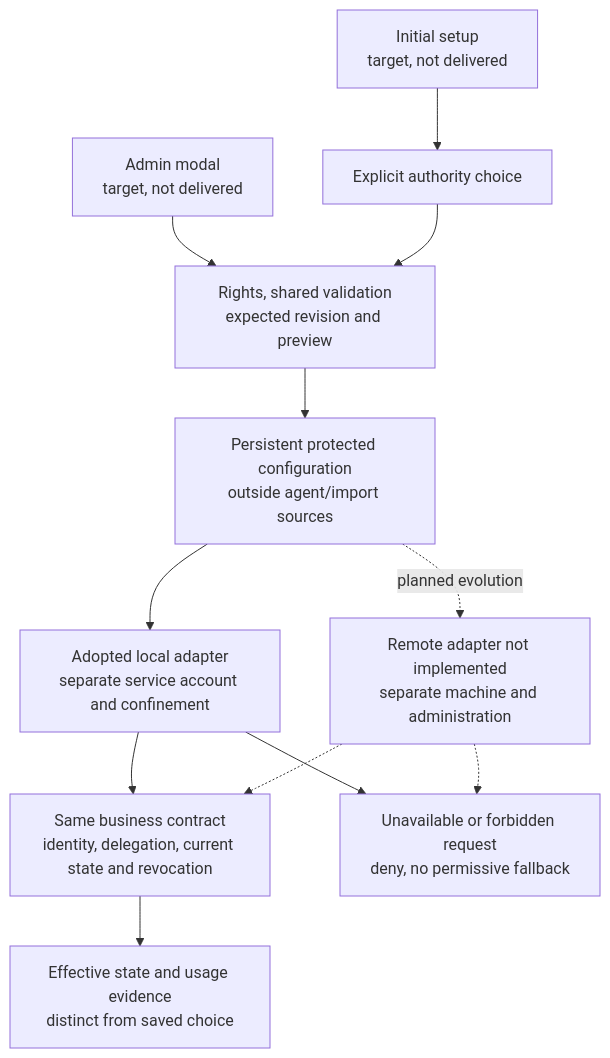
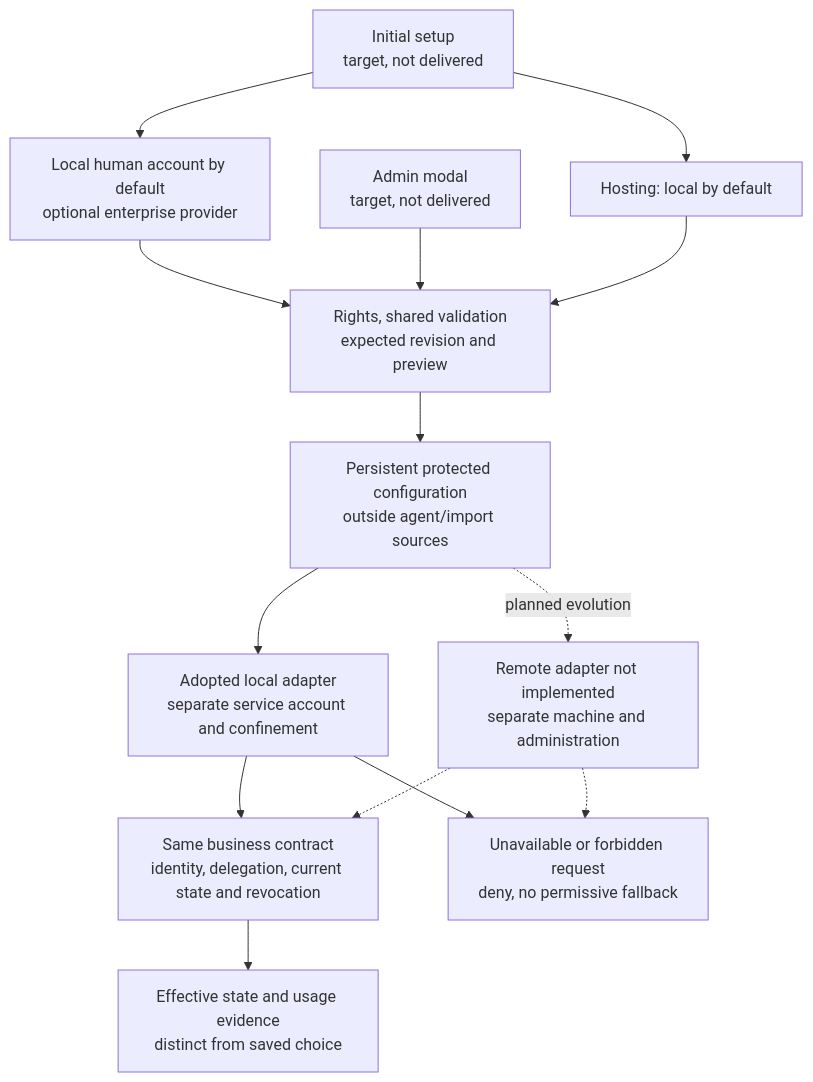
Before and after one commit to mo0ogly/swarm: diagram 12 of 19 in docs/en/AGENT-IDENTITY-CONTRACT.md, drawn with Mermaid. The commit also changed other lines of this file and 14 other files, not shown here.

````diff
--- a/docs/en/AGENT-IDENTITY-CONTRACT.md
+++ b/docs/en/AGENT-IDENTITY-CONTRACT.md
@@ -846,14 +880,16 @@
 ```mermaid
 flowchart TD
-  I["Initial setup<br/>target, not delivered"] --> C["Explicit authority choice"]
+  I["Initial setup<br/>target, not delivered"] --> C["Hosting: local by default"]
+  I --> H["Local human account by default<br/>optional enterprise provider"]
+  H --> V
   A["Admin modal<br/>target, not delivered"] --> V["Rights, shared validation<br/>expected revision and preview"]
   C --> V
   V --> S["Persistent protected configuration<br/>outside agent/import sources"]
   S --> L["Adopted local adapter<br/>separate service account and confinement"]
   S -. "planned evolution" .-> R["Remote adapter not implemented<br/>separate machine and administration"]
   L --> K["Same business contract<br/>identity, delegation, current state and revocation"]
   R -.-> K
   K --> E["Effective state and usage evidence<br/>distinct from saved choice"]
   L --> F["Unavailable or forbidden request<br/>deny, no permissive fallback"]
   R -.-> F
 ```
````
